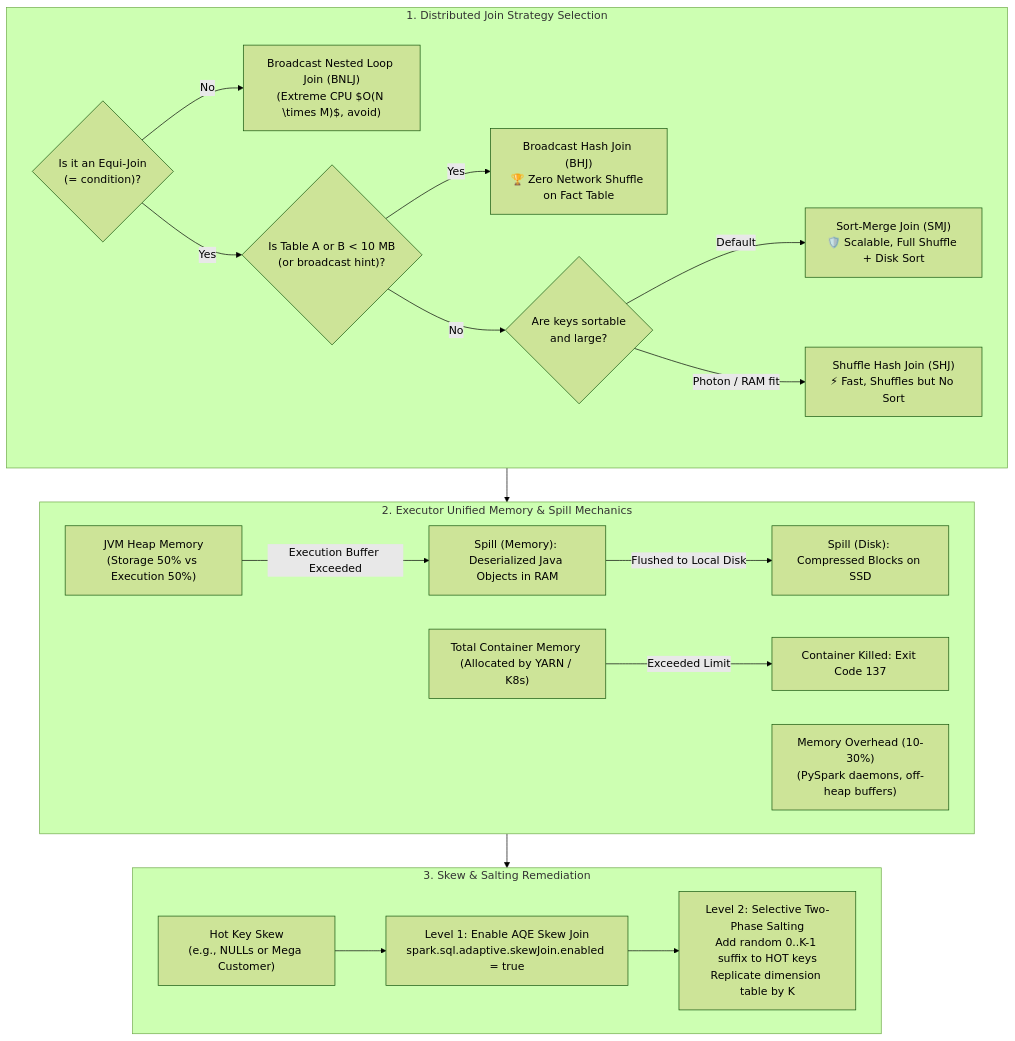
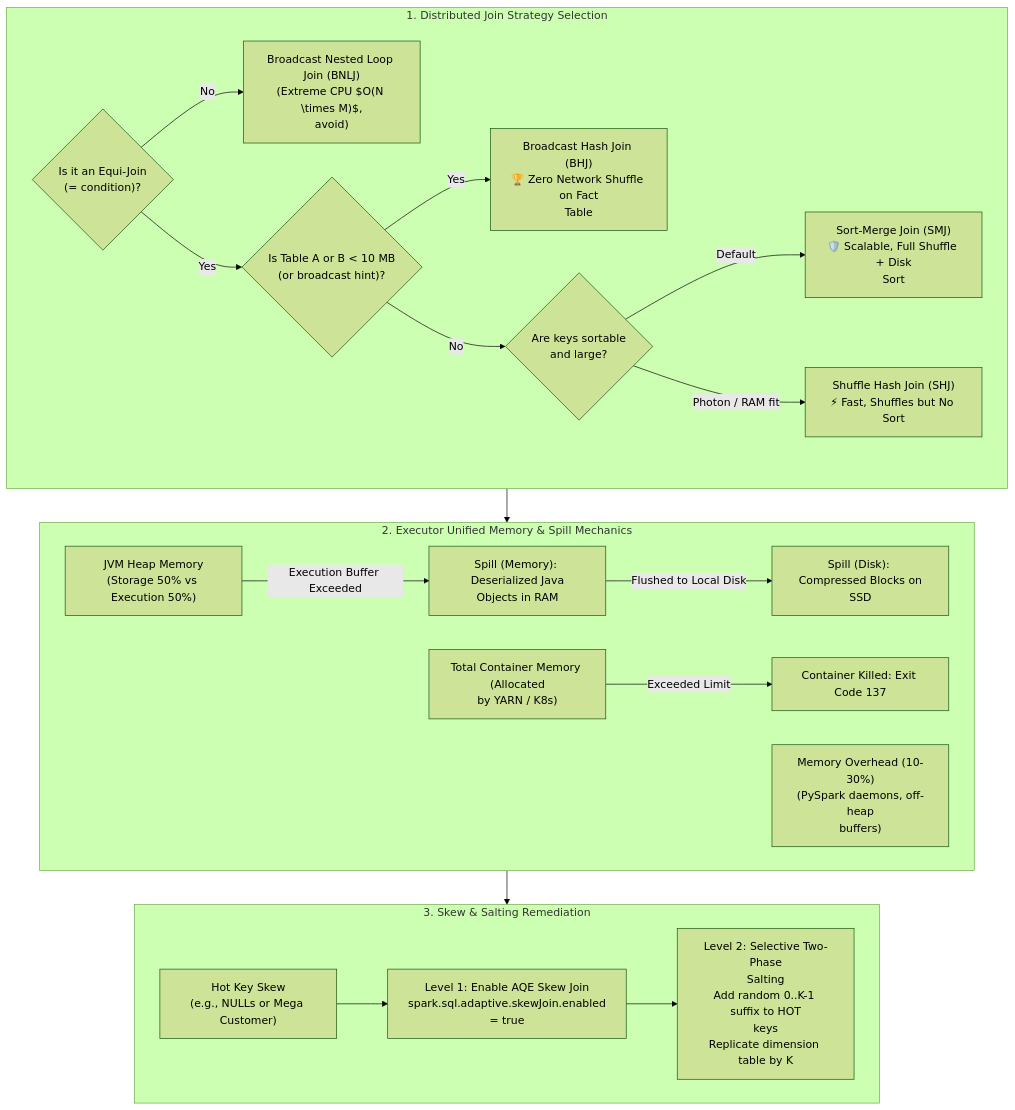
Before and after one commit to santoshjammi29/data-system-design-handbook: the sixth of 28 diagrams in docs/whiteboard_diagrams/handbook_whiteboard_blueprints.md, drawn with Mermaid (forest theme). The commit also changed other lines of this file and 15 other files, not shown here.

Commit message:
fix(diagrams): word-wrap labels and escape comparison operators across all diagrams

````diff
--- a/docs/whiteboard_diagrams/handbook_whiteboard_blueprints.md
+++ b/docs/whiteboard_diagrams/handbook_whiteboard_blueprints.md
@@ -267,35 +267,35 @@
 ```mermaid
 flowchart TD
     subgraph DecisionMatrix ["1. Distributed Join Strategy Selection"]
-        JoinCondition{"Is it an Equi-Join\n(= condition)?"}
+        JoinCondition{"Is it an Equi-Join<br/>(= condition)?"}
 
-        JoinCondition -->|No| BNLJ["Broadcast Nested Loop Join (BNLJ)\n(Extreme CPU $O(N \times M)$, avoid)"]
-        JoinCondition -->|Yes| SizeCheck{"Is Table A or B < 10 MB\n(or broadcast hint)?"}
+        JoinCondition -->|No| BNLJ["Broadcast Nested Loop Join (BNLJ)<br/>(Extreme CPU $O(N \times M)$,<br/>avoid)"]
+        JoinCondition -->|Yes| SizeCheck{"Is Table A or B &lt; 10 MB<br/>(or broadcast hint)?"}
 
-        SizeCheck -->|Yes| BHJ["Broadcast Hash Join (BHJ)\n🏆 Zero Network Shuffle on Fact Table"]
-        SizeCheck -->|No| SortCheck{"Are keys sortable\nand large?"}
+        SizeCheck -->|Yes| BHJ["Broadcast Hash Join (BHJ)<br/>🏆 Zero Network Shuffle on Fact<br/>Table"]
+        SizeCheck -->|No| SortCheck{"Are keys sortable<br/>and large?"}
 
-        SortCheck -->|Default| SMJ["Sort-Merge Join (SMJ)\n🛡️ Scalable, Full Shuffle + Disk Sort"]
-        SortCheck -->|Photon / RAM fit| SHJ["Shuffle Hash Join (SHJ)\n⚡ Fast, Shuffles but No Sort"]
+        SortCheck -->|Default| SMJ["Sort-Merge Join (SMJ)<br/>🛡️ Scalable, Full Shuffle + Disk<br/>Sort"]
+        SortCheck -->|"Photon / RAM fit"| SHJ["Shuffle Hash Join (SHJ)<br/>⚡ Fast, Shuffles but No Sort"]
     end
 
     subgraph MemoryTriage ["2. Executor Unified Memory & Spill Mechanics"]
-        TotalMem["Total Container Memory (Allocated by YARN / K8s)"]
-        Overhead["Memory Overhead (10-30%)\n(PySpark daemons, off-heap buffers)"]
-        Heap["JVM Heap Memory\n(Storage 50% vs Execution 50%)"]
+        TotalMem["Total Container Memory (Allocated<br/>by YARN / K8s)"]
+        Overhead["Memory Overhead (10-30%)<br/>(PySpark daemons, off-heap<br/>buffers)"]
+        Heap["JVM Heap Memory<br/>(Storage 50% vs Execution 50%)"]
 
-        Heap -->|"Execution Buffer Exceeded"| SpillMemory["Spill (Memory): Deserialized Java Objects in RAM"]
-        SpillMemory -->|"Flushed to Local Disk"| SpillDisk["Spill (Disk): Compressed Blocks on SSD"]
+        Heap -->|"Execution Buffer Exceeded"| SpillMemory["Spill (Memory): Deserialized Java<br/>Objects in RAM"]
+        SpillMemory -->|"Flushed to Local Disk"| SpillDisk["Spill (Disk): Compressed Blocks on<br/>SSD"]
         TotalMem -->|"Exceeded Limit"| Exit137["Container Killed: Exit Code 137"]
     end
 
     subgraph SkewMitigation ["3. Skew & Salting Remediation"]
-        HotKey["Hot Key Skew\n(e.g., NULLs or Mega Customer)"]
-        AQESkew["Level 1: Enable AQE Skew Join\nspark.sql.adaptive.skewJoin.enabled = true"]
-        SelectiveSalting["Level 2: Selective Two-Phase Salting\nAdd random 0..K-1 suffix to HOT keys\nReplicate dimension table by K"]
+        HotKey["Hot Key Skew<br/>(e.g., NULLs or Mega Customer)"]
+        AQESkew["Level 1: Enable AQE Skew Join<br/>spark.sql.adaptive.skewJoin.enabled<br/>= true"]
+        SelectiveSalting["Level 2: Selective Two-Phase<br/>Salting<br/>Add random 0..K-1 suffix to HOT<br/>keys<br/>Replicate dimension table by K"]
 
         HotKey --> AQESkew --> SelectiveSalting
     end
 
     DecisionMatrix --> MemoryTriage --> SkewMitigation
 ```
````
